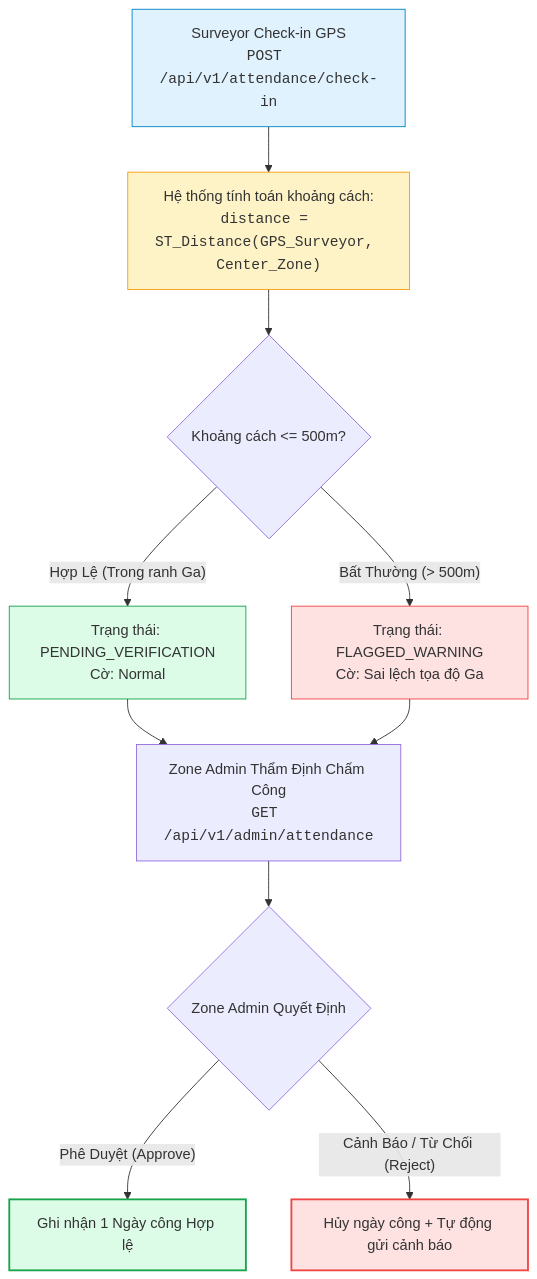
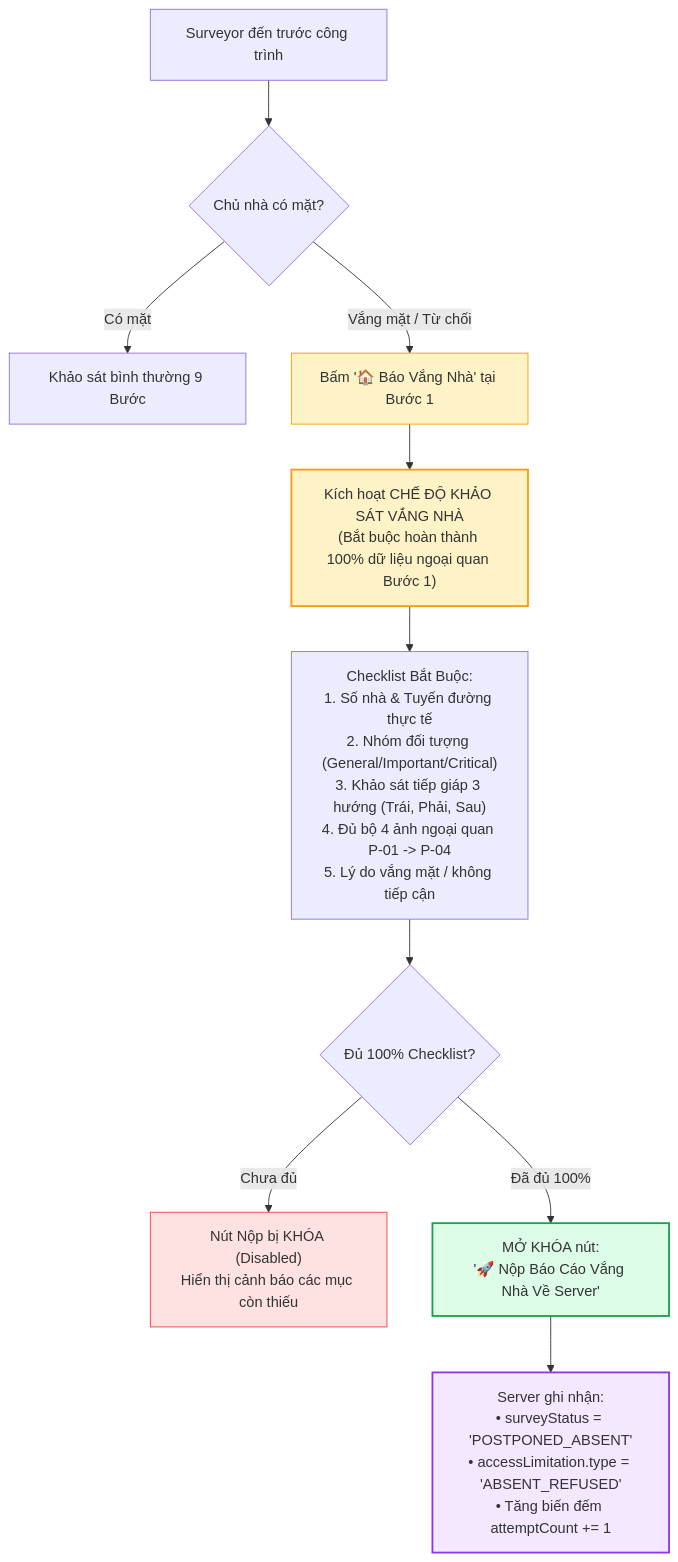
The first of 3 diagrams in srs/notchange/Business_Logic.md (Vqd2k6/BCR-System), drawn with Mermaid before and after one commit. The commit also changed other lines of this file and 5 other files, not shown here.

````diff
--- a/srs/notchange/Business_Logic.md
+++ b/srs/notchange/Business_Logic.md
@@ -199,22 +120,23 @@
 ```mermaid
 graph TD
-    A["Surveyor Check-in GPS<br><code>POST /api/v1/attendance/check-in</code>"] --> B["Hệ thống tính toán khoảng cách:<br><code>distance = ST_Distance(GPS_Surveyor, Center_Zone)</code>"]
+    A["Surveyor đến trước công trình"] --> B{"Chủ nhà có mặt?"}
     
-    B --> C{"Khoảng cách <= 500m?"}
-    C -- "Hợp Lệ (Trong ranh Ga)" --> D["Trạng thái: PENDING_VERIFICATION<br>Cờ: Normal"]
-    C -- "Bất Thường (> 500m)" --> E["Trạng thái: FLAGGED_WARNING<br>Cờ: Sai lệch tọa độ Ga"]
+    B -- "Có mặt" --> C["Khảo sát bình thường 9 Bước"]
     
-    D --> F["Zone Admin Thẩm Định Chấm Công<br><code>GET /api/v1/admin/attendance</code>"]
-    E --> F
+    B -- "Vắng mặt / Từ chối" --> D["Bấm '🏠 Báo Vắng Nhà' tại Bước 1"]
+    D --> E["Kích hoạt CHẾ ĐỘ KHẢO SÁT VẮNG NHÀ<br>(Bắt buộc hoàn thành 100% dữ liệu ngoại quan Bước 1)"]
     
-    F --> G{"Zone Admin Quyết Định"}
-    G -- "Phê Duyệt (Approve)" --> H["Ghi nhận 1 Ngày công Hợp lệ"]
-    G -- "Cảnh Báo / Từ Chối (Reject)" --> I["Hủy ngày công + Tự động gửi cảnh báo"]
+    E --> F["Checklist Bắt Buộc:<br>1. Số nhà & Tuyến đường thực tế<br>2. Nhóm đối tượng (General/Important/Critical)<br>3. Khảo sát tiếp giáp 3 hướng (Trái, Phải, Sau)<br>4. Đủ bộ 4 ảnh ngoại quan P-01 -> P-04<br>5. Lý do vắng mặt / không tiếp cận"]
     
-    style A fill:#e0f2fe,stroke:#0284c7
-    style B fill:#fef3c7,stroke:#f59e0b
-    style D fill:#dcfce7,stroke:#16a34a
-    style E fill:#fee2e2,stroke:#ef4444
-    style H fill:#dcfce7,stroke:#16a34a,stroke-width:2px
-    style I fill:#fee2e2,stroke:#ef4444,stroke-width:2px
+    F --> G{"Đủ 100% Checklist?"}
+    G -- "Chưa đủ" --> H["Nút Nộp bị KHÓA (Disabled)<br>Hiển thị cảnh báo các mục còn thiếu"]
+    G -- "Đã đủ 100%" --> I["MỞ KHÓA nút:<br>'🚀 Nộp Báo Cáo Vắng Nhà Về Server'"]
+    
+    I --> J["Server ghi nhận:<br>• surveyStatus = 'POSTPONED_ABSENT'<br>• accessLimitation.type = 'ABSENT_REFUSED'<br>• Tăng biến đếm attemptCount += 1"]
+    
+    style D fill:#fef3c7,stroke:#f59e0b
+    style E fill:#fef3c7,stroke:#f59e0b,stroke-width:2px
+    style H fill:#fee2e2,stroke:#ef4444
+    style I fill:#dcfce7,stroke:#16a34a,stroke-width:2px
+    style J fill:#f3e8ff,stroke:#9333ea,stroke-width:2px
 ```
````
